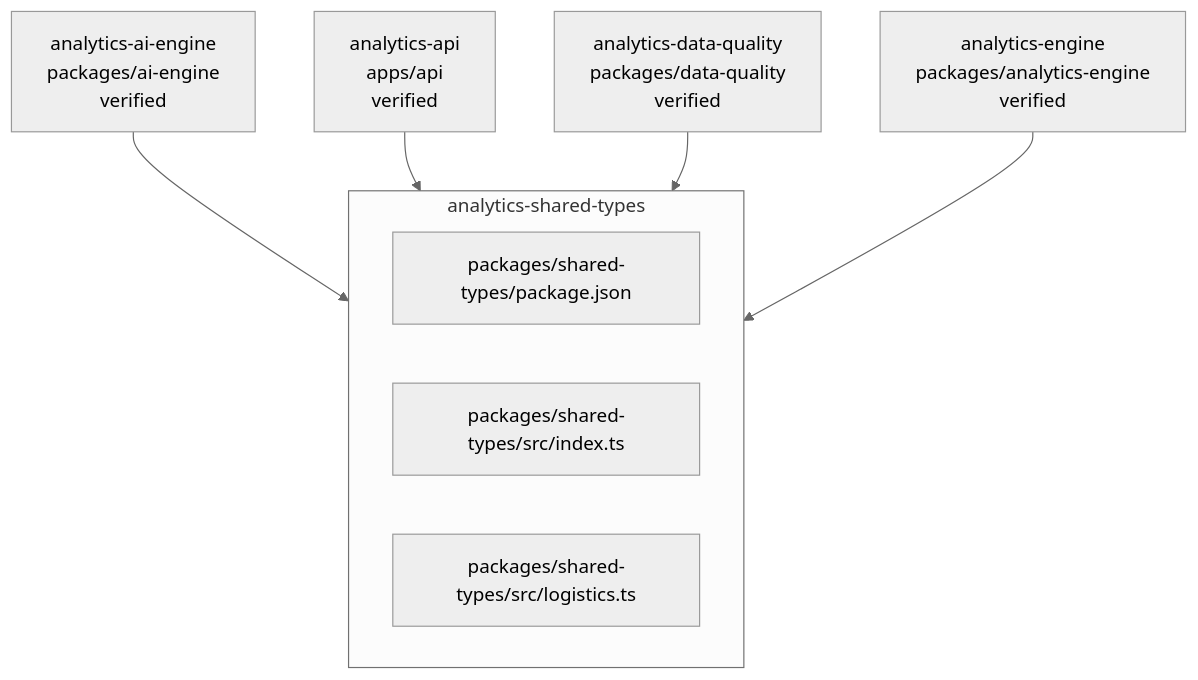
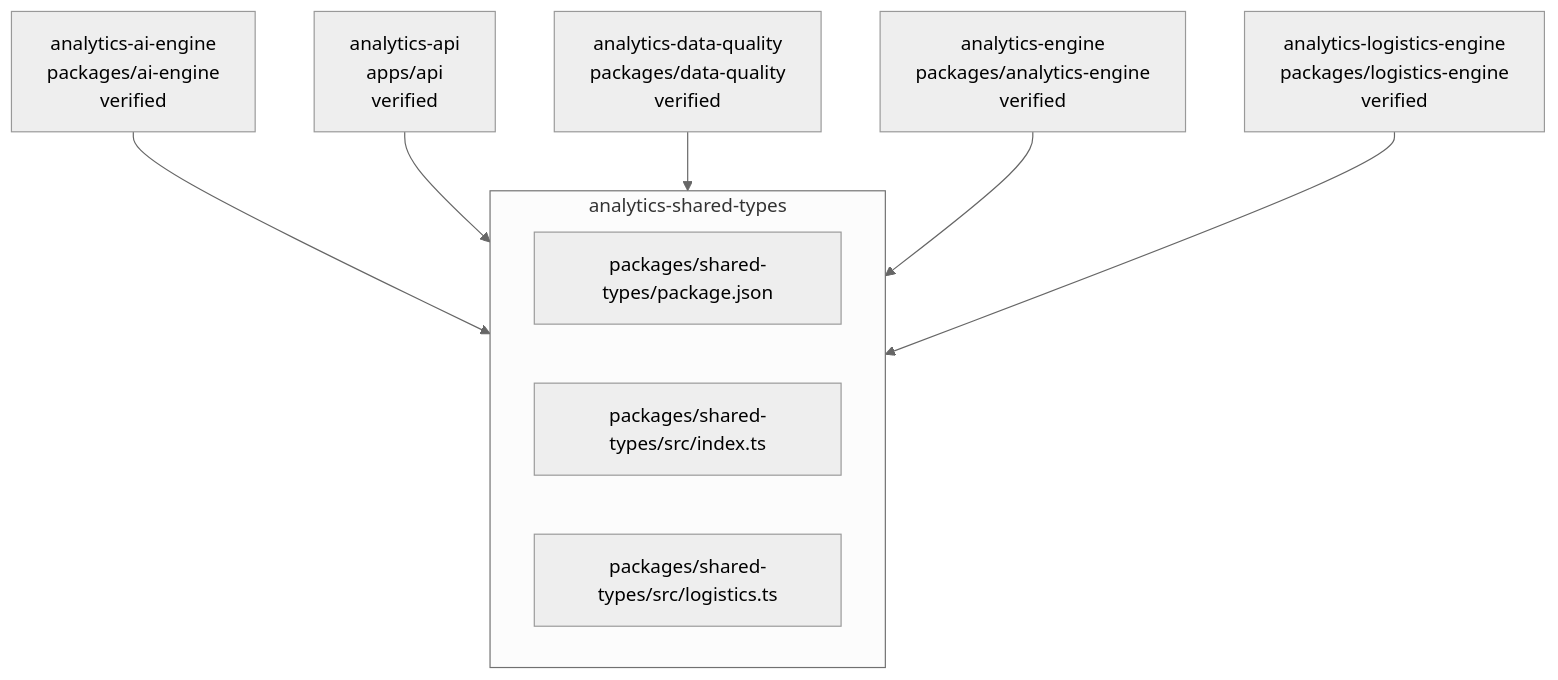
Before and after one commit to Islamce/kynox-inventory-analytics: the diagram in .ai/diagrams/component-analytics-shared-types.md, drawn with Mermaid (neutral theme). The commit also changed other lines of this file and 19 other files, not shown here.

````diff
--- a/.ai/diagrams/component-analytics-shared-types.md
+++ b/.ai/diagrams/component-analytics-shared-types.md
@@ -7,16 +7,18 @@
 ```mermaid
 graph TB
   subgraph analytics_shared_types_box["analytics-shared-types"]
     ep_packages_shared_types_package_json["packages/shared-types/package.json"]
     ep_packages_shared_types_src_index_ts["packages/shared-types/src/index.ts"]
     ep_packages_shared_types_src_logistics_ts["packages/shared-types/src/logistics.ts"]
   end
   analytics_ai_engine["analytics-ai-engine<br/>packages/ai-engine<br/>verified"]
   analytics_ai_engine --> analytics_shared_types_box
   analytics_api["analytics-api<br/>apps/api<br/>verified"]
   analytics_api --> analytics_shared_types_box
   analytics_data_quality["analytics-data-quality<br/>packages/data-quality<br/>verified"]
   analytics_data_quality --> analytics_shared_types_box
   analytics_engine["analytics-engine<br/>packages/analytics-engine<br/>verified"]
   analytics_engine --> analytics_shared_types_box
+  analytics_logistics_engine["analytics-logistics-engine<br/>packages/logistics-engine<br/>verified"]
+  analytics_logistics_engine --> analytics_shared_types_box
 ```
````
